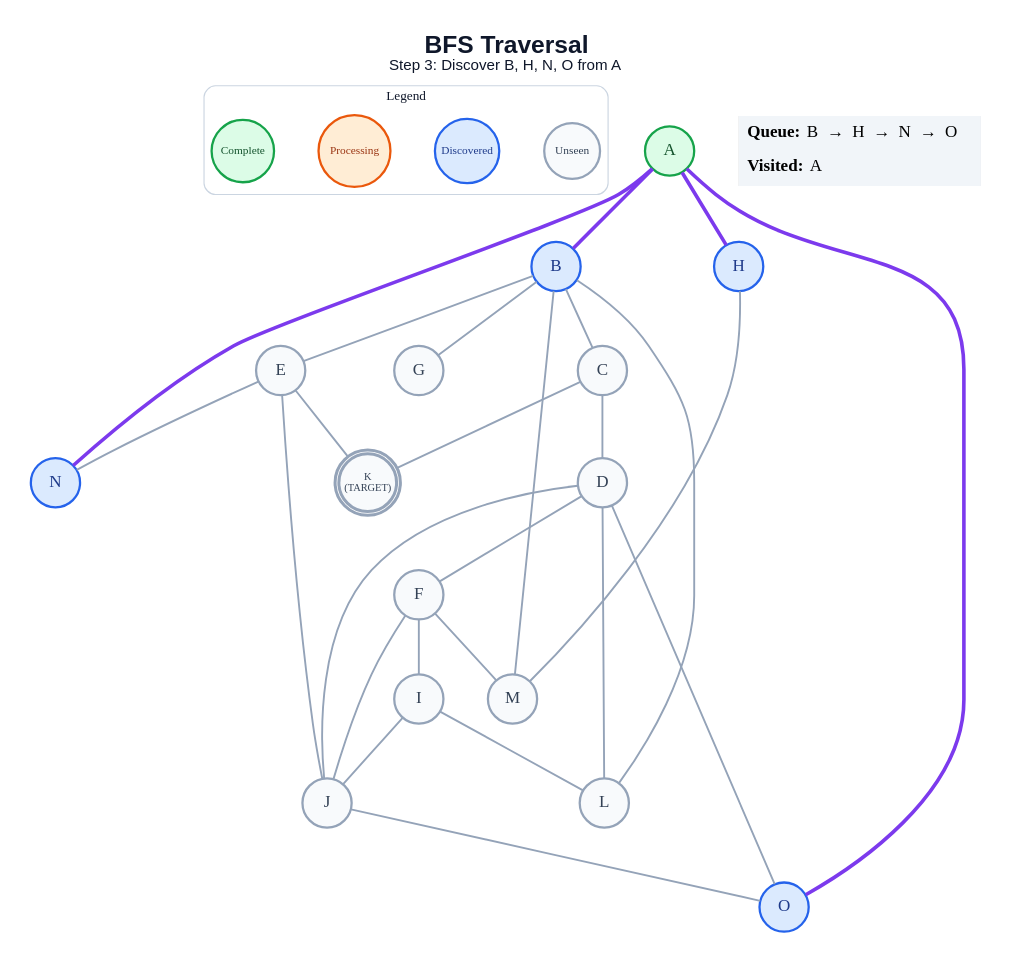
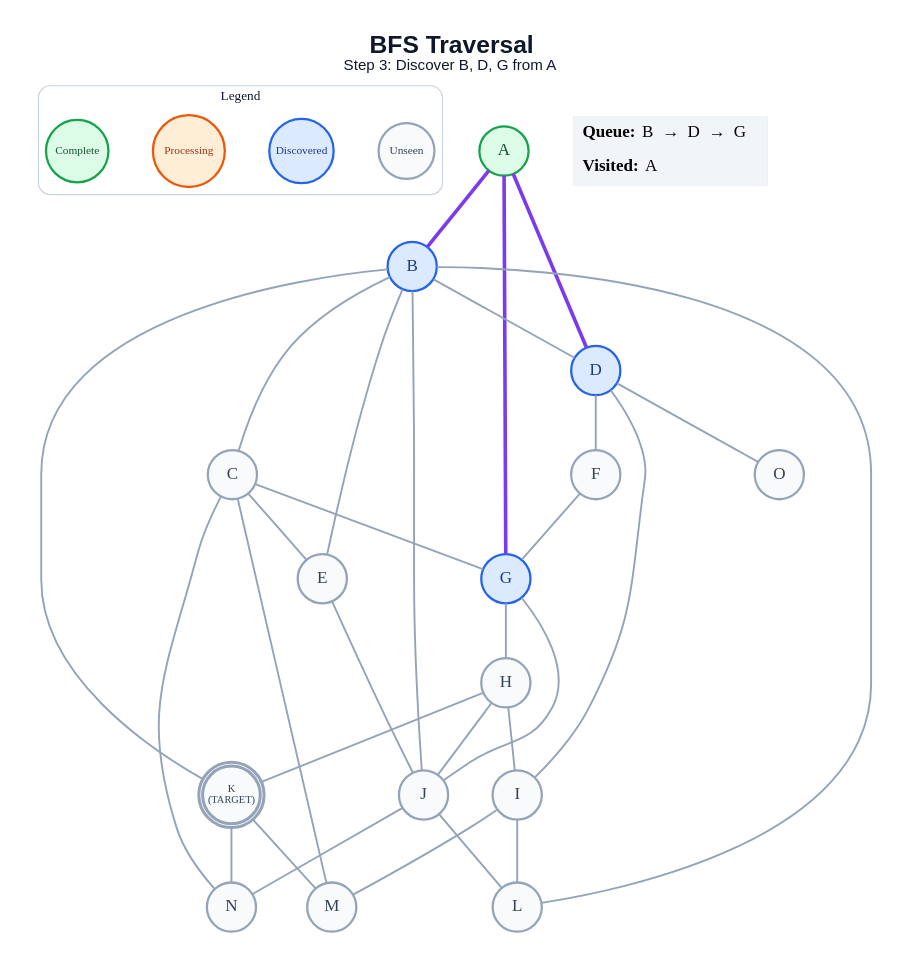
One commit to anon7238593-create/ai-slop changed the diagram in generated/short-circuit/bfs/step_03.dot. Above: the diagram before and after it, drawn with Graphviz. The commit also changed 253 other files, not shown here.

```diff
--- a/generated/short-circuit/bfs/step_03.dot
+++ b/generated/short-circuit/bfs/step_03.dot
@@ -1,59 +1,63 @@
 graph traversal {
   graph [layout=dot, rankdir=TB, bgcolor="#FFFFFF", pad="0.35", nodesep="0.65", ranksep="0.8", fontname="Arial"];
   node [shape=circle, style="filled", fontname="Arial Bold", fontsize=18, width=0.72, fixedsize=true, penwidth=2.4];
   edge [color="#94A3B8", penwidth=2.0];
-  label=<<B>BFS Traversal</B><BR/><FONT POINT-SIZE="16">Step 3: Discover B, H, N, O from A</FONT>>; labelloc="t"; fontsize=26; fontname="Arial"; fontcolor="#0F172A";
+  label=<<B>BFS Traversal</B><BR/><FONT POINT-SIZE="16">Step 3: Discover B, D, G from A</FONT>>; labelloc="t"; fontsize=26; fontname="Arial"; fontcolor="#0F172A";
   subgraph cluster_legend { label="Legend"; color="#CBD5E1"; penwidth=1.2; style="rounded"; fontsize=14; fontname="Arial Bold";
     key_unseen [label="Unseen", fillcolor="#F8FAFC", color="#94A3B8", fontcolor="#334155", fontsize=12, width=0.82];
     key_frontier [label="Discovered", fillcolor="#DBEAFE", color="#2563EB", fontcolor="#1E3A8A", fontsize=12, width=0.95];
     key_current [label="Processing", fillcolor="#FFEDD5", color="#EA580C", fontcolor="#9A3412", fontsize=12, width=1.05];
     key_done [label="Complete", fillcolor="#DCFCE7", color="#16A34A", fontcolor="#14532D", fontsize=12, width=0.92];
     { rank=same; key_unseen; key_frontier; key_current; key_done; }
   }
   A [label="A", fillcolor="#DCFCE7", color="#16A34A", fontcolor="#14532D", peripheries=1, penwidth=2.4];
   B [label="B", fillcolor="#DBEAFE", color="#2563EB", fontcolor="#1E3A8A", peripheries=1, penwidth=2.4];
   C [label="C", fillcolor="#F8FAFC", color="#94A3B8", fontcolor="#334155", peripheries=1, penwidth=2.4];
-  D [label="D", fillcolor="#F8FAFC", color="#94A3B8", fontcolor="#334155", peripheries=1, penwidth=2.4];
+  D [label="D", fillcolor="#DBEAFE", color="#2563EB", fontcolor="#1E3A8A", peripheries=1, penwidth=2.4];
   E [label="E", fillcolor="#F8FAFC", color="#94A3B8", fontcolor="#334155", peripheries=1, penwidth=2.4];
   F [label="F", fillcolor="#F8FAFC", color="#94A3B8", fontcolor="#334155", peripheries=1, penwidth=2.4];
-  G [label="G", fillcolor="#F8FAFC", color="#94A3B8", fontcolor="#334155", peripheries=1, penwidth=2.4];
-  H [label="H", fillcolor="#DBEAFE", color="#2563EB", fontcolor="#1E3A8A", peripheries=1, penwidth=2.4];
+  G [label="G", fillcolor="#DBEAFE", color="#2563EB", fontcolor="#1E3A8A", peripheries=1, penwidth=2.4];
+  H [label="H", fillcolor="#F8FAFC", color="#94A3B8", fontcolor="#334155", peripheries=1, penwidth=2.4];
   I [label="I", fillcolor="#F8FAFC", color="#94A3B8", fontcolor="#334155", peripheries=1, penwidth=2.4];
   J [label="J", fillcolor="#F8FAFC", color="#94A3B8", fontcolor="#334155", peripheries=1, penwidth=2.4];
   K [label="K\n(TARGET)", fillcolor="#F8FAFC", color="#94A3B8", fontcolor="#334155", peripheries=2, penwidth=3.2, fontsize=11, width=0.85, height=0.85];
   L [label="L", fillcolor="#F8FAFC", color="#94A3B8", fontcolor="#334155", peripheries=1, penwidth=2.4];
   M [label="M", fillcolor="#F8FAFC", color="#94A3B8", fontcolor="#334155", peripheries=1, penwidth=2.4];
-  N [label="N", fillcolor="#DBEAFE", color="#2563EB", fontcolor="#1E3A8A", peripheries=1, penwidth=2.4];
-  O [label="O", fillcolor="#DBEAFE", color="#2563EB", fontcolor="#1E3A8A", peripheries=1, penwidth=2.4];
+  N [label="N", fillcolor="#F8FAFC", color="#94A3B8", fontcolor="#334155", peripheries=1, penwidth=2.4];
+  O [label="O", fillcolor="#F8FAFC", color="#94A3B8", fontcolor="#334155", peripheries=1, penwidth=2.4];
   A -- B [color="#7C3AED", penwidth=3.8];
-  A -- H [color="#7C3AED", penwidth=3.8];
-  A -- N [color="#7C3AED", penwidth=3.8];
-  A -- O [color="#7C3AED", penwidth=3.8];
+  A -- D [color="#7C3AED", penwidth=3.8];
+  A -- G [color="#7C3AED", penwidth=3.8];
   B -- C;
+  B -- D;
   B -- E;
-  B -- G;
+  B -- J;
+  B -- K;
   B -- L;
-  B -- M;
-  C -- D;
-  C -- K;
+  C -- E;
+  C -- G;
+  C -- M;
+  C -- N;
   D -- F;
-  D -- J;
-  D -- L;
+  D -- I;
   D -- O;
   E -- J;
-  E -- K;
-  E -- N;
-  F -- I;
-  F -- J;
-  F -- M;
-  H -- M;
-  I -- J;
+  F -- G;
+  G -- H;
+  G -- J;
+  H -- I;
+  H -- J;
+  H -- K;
   I -- L;
-  J -- O;
+  I -- M;
+  J -- L;
+  J -- N;
+  K -- M;
+  K -- N;
   status [shape=plain, fixedsize=false, width=0, height=0, margin=0, label=<
     <TABLE BORDER="0" CELLBORDER="0" CELLPADDING="7" BGCOLOR="#F1F5F9">
-      <TR><TD ALIGN="LEFT"><B>Queue:</B> B  →  H  →  N  →  O</TD></TR>
+      <TR><TD ALIGN="LEFT"><B>Queue:</B> B  →  D  →  G</TD></TR>
       <TR><TD ALIGN="LEFT"><B>Visited:</B> A</TD></TR>
     </TABLE>
   >];
 }
```
